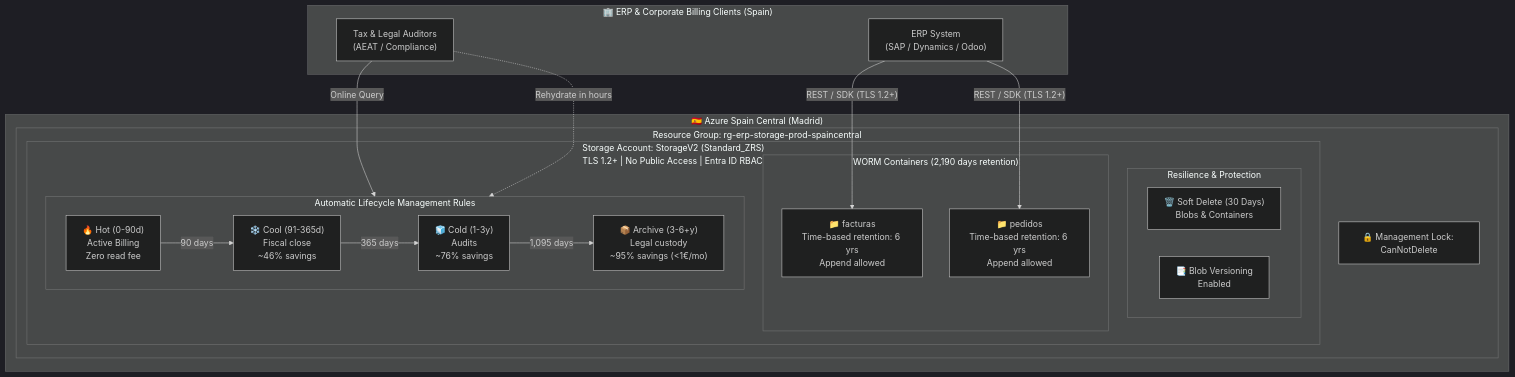
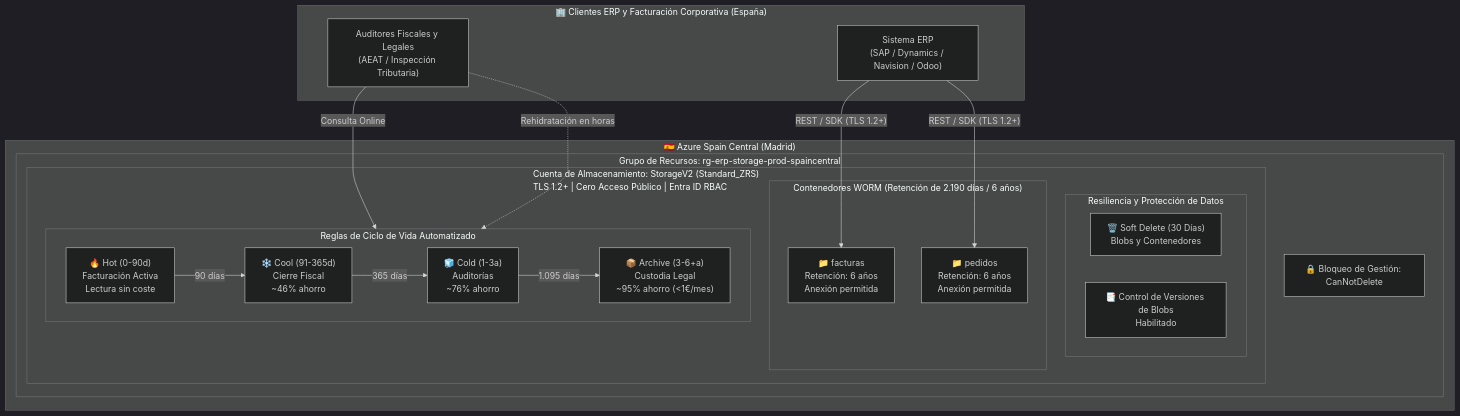
The diagram in README.md (nubenetes/azure-storage-erp-compliance-iac), drawn with Mermaid (dark theme) before and after one commit. The commit also changed other lines of this file and 7 other files, not shown here.

````diff
--- a/README.md
+++ b/README.md
@@ -52,42 +44,42 @@
 ```mermaid
 flowchart TD
-    subgraph Corporate["🏢 ERP & Corporate Billing Clients (Spain)"]
-        ERP["ERP System<br/>(SAP / Dynamics / Odoo)"]
-        Auditor["Tax & Legal Auditors<br/>(AEAT / Compliance)"]
+    subgraph Corporate["🏢 Clientes ERP y Facturación Corporativa (España)"]
+        ERP["Sistema ERP<br/>(SAP / Dynamics / Navision / Odoo)"]
+        Auditor["Auditores Fiscales y Legales<br/>(AEAT / Inspección Tributaria)"]
     end
 
     subgraph AzureSpain["🇪🇸 Azure Spain Central (Madrid)"]
-        subgraph RG["Resource Group: rg-erp-storage-prod-spaincentral"]
-            Lock["🔒 Management Lock: CanNotDelete"]
+        subgraph RG["Grupo de Recursos: rg-erp-storage-prod-spaincentral"]
+            Lock["🔒 Bloqueo de Gestión: CanNotDelete"]
             
-            subgraph StorageAccount["Storage Account: StorageV2 (Standard_ZRS)<br/>TLS 1.2+ | No Public Access | Entra ID RBAC"]
-                subgraph Protection["Resilience & Protection"]
-                    SoftDel["🗑️ Soft Delete (30 Days)<br/>Blobs & Containers"]
-                    Vers["📑 Blob Versioning<br/>Enabled"]
+            subgraph StorageAccount["Cuenta de Almacenamiento: StorageV2 (Standard_ZRS)<br/>TLS 1.2+ | Cero Acceso Público | Entra ID RBAC"]
+                subgraph Protection["Resiliencia y Protección de Datos"]
+                    SoftDel["🗑️ Soft Delete (30 Días)<br/>Blobs y Contenedores"]
+                    Vers["📑 Control de Versiones de Blobs<br/>Habilitado"]
                 end
 
-                subgraph Containers["WORM Containers (2,190 days retention)"]
-                    C_Facturas["📁 facturas<br/>Time-based retention: 6 yrs<br/>Append allowed"]
-                    C_Pedidos["📁 pedidos<br/>Time-based retention: 6 yrs<br/>Append allowed"]
+                subgraph Containers["Contenedores WORM (Retención de 2.190 días / 6 años)"]
+                    C_Facturas["📁 facturas<br/>Retención: 6 años<br/>Anexión permitida"]
+                    C_Pedidos["📁 pedidos<br/>Retención: 6 años<br/>Anexión permitida"]
                 end
 
-                subgraph Lifecycle["Automatic Lifecycle Management Rules"]
+                subgraph Lifecycle["Reglas de Ciclo de Vida Automatizado"]
                     direction LR
-                    Hot["🔥 Hot (0-90d)<br/>Active Billing<br/>Zero read fee"]
-                    Cool["❄️ Cool (91-365d)<br/>Fiscal close<br/>~46% savings"]
-                    Cold["🧊 Cold (1-3y)<br/>Audits<br/>~76% savings"]
-                    Archive["📦 Archive (3-6+y)<br/>Legal custody<br/>~95% savings (<1€/mo)"]
+                    Hot["🔥 Hot (0-90d)<br/>Facturación Activa<br/>Lectura sin coste"]
+                    Cool["❄️ Cool (91-365d)<br/>Cierre Fiscal<br/>~46% ahorro"]
+                    Cold["🧊 Cold (1-3a)<br/>Auditorías<br/>~76% ahorro"]
+                    Archive["📦 Archive (3-6+a)<br/>Custodia Legal<br/>~95% ahorro (<1€/mes)"]
 
-                    Hot -->|90 days| Cool
-                    Cool -->|365 days| Cold
-                    Cold -->|1,095 days| Archive
+                    Hot -->|90 días| Cool
+                    Cool -->|365 días| Cold
+                    Cold -->|1.095 días| Archive
                 end
             end
         end
     end
 
     ERP -->|"REST / SDK (TLS 1.2+)"| C_Facturas
     ERP -->|"REST / SDK (TLS 1.2+)"| C_Pedidos
-    Auditor -->|"Online Query"| Cold
-    Auditor -.->|"Rehydrate in hours"| Archive
+    Auditor -->|"Consulta Online"| Cold
+    Auditor -.->|"Rehidratación en horas"| Archive
 ```
````
